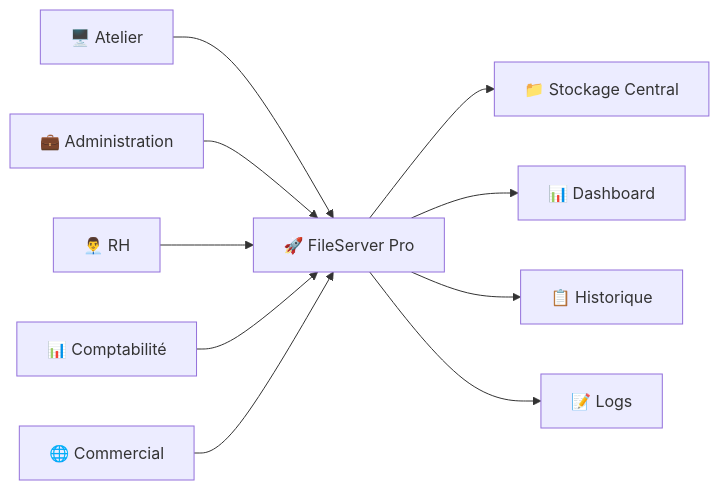
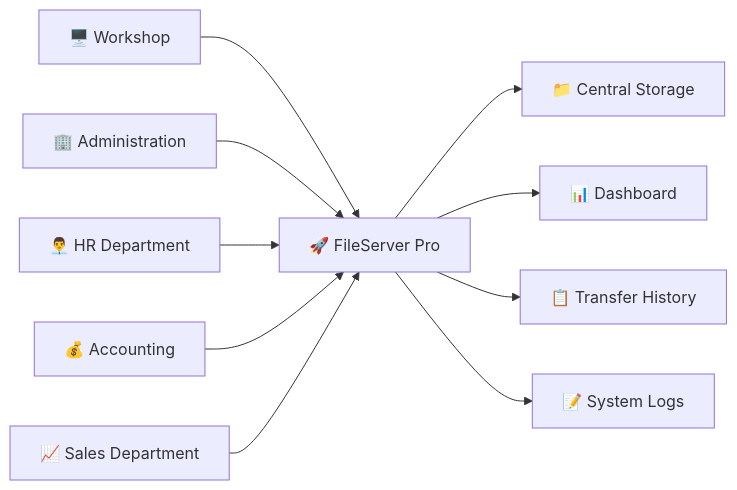
One commit to omarbadrani/FileServer-Pro changed the first of 3 diagrams in README.md. Above: the diagram before and after it, drawn with Mermaid. The commit also changed other lines of this file, not shown here.

````diff
--- a/README.md
+++ b/README.md
@@ -80,22 +84,22 @@
 ```mermaid
 flowchart LR
 
-A[🖥️ Atelier]
-B[💼 Administration]
-C[👨‍💼 RH]
-D[📊 Comptabilité]
-E[🌐 Commercial]
+A[🖥️ Workshop]
+B[🏢 Administration]
+C[👨‍💼 HR Department]
+D[💰 Accounting]
+E[📈 Sales Department]
 
 A --> S
 B --> S
 C --> S
 D --> S
 E --> S
 
 S[🚀 FileServer Pro]
 
-S --> F[📁 Stockage Central]
+S --> F[📁 Central Storage]
 S --> G[📊 Dashboard]
-S --> H[📋 Historique]
-S --> I[📝 Logs]
+S --> H[📋 Transfer History]
+S --> I[📝 System Logs]
 ```
````
